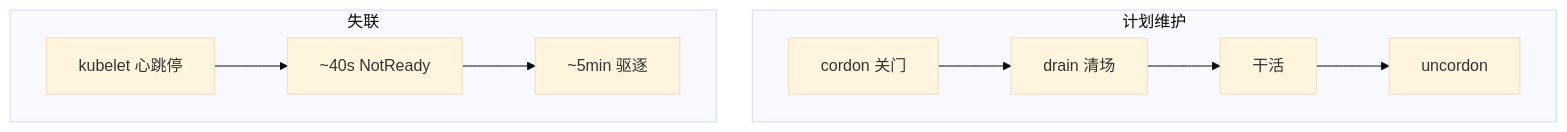
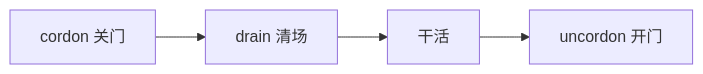
Before and after one commit to ml-cuizijun/LearnToLilith: the third of 5 diagrams in 03-Kubernetes/17-节点运行时与升级/知识点.md, drawn with Mermaid. The commit also changed other lines of this file and 178 other files, not shown here.

````diff
--- a/03-Kubernetes/17-节点运行时与升级/知识点.md
+++ b/03-Kubernetes/17-节点运行时与升级/知识点.md
@@ -119,15 +146,4 @@
 ```mermaid
-%%{init: {"flowchart": {"padding": 16, "nodeSpacing": 36, "rankSpacing": 48}, "theme": "base"}}%%
-flowchart TB
-    subgraph maint ["计划维护"]
-        c[cordon 关门] --> d[drain 清场] --> u[干活] --> un[uncordon]
-    end
-    subgraph fail ["失联"]
-        k[kubelet 心跳停] --> n["~40s NotReady"]
-        n --> e["~5min 驱逐"]
-    end
-
-    class c,d,u,un ok
-    class k,n,e bad
-
+flowchart LR
+    c[cordon 关门] --> d[drain 清场] --> u[干活] --> un[uncordon 开门]
 ```
````
